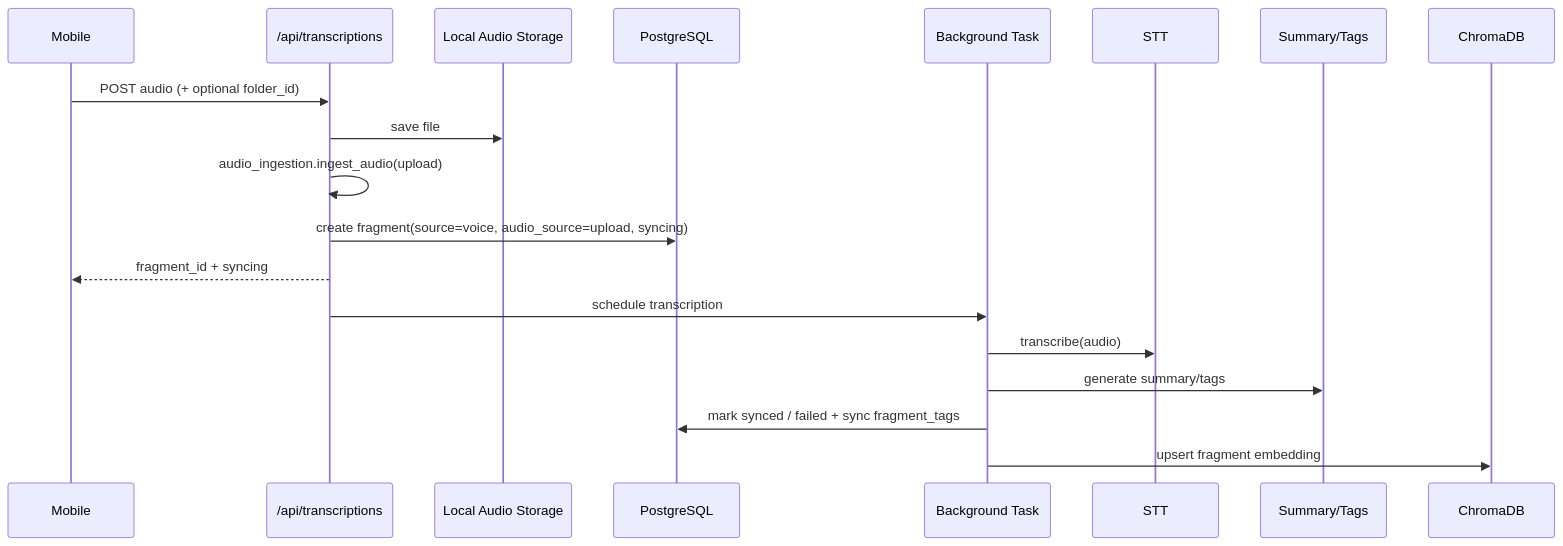
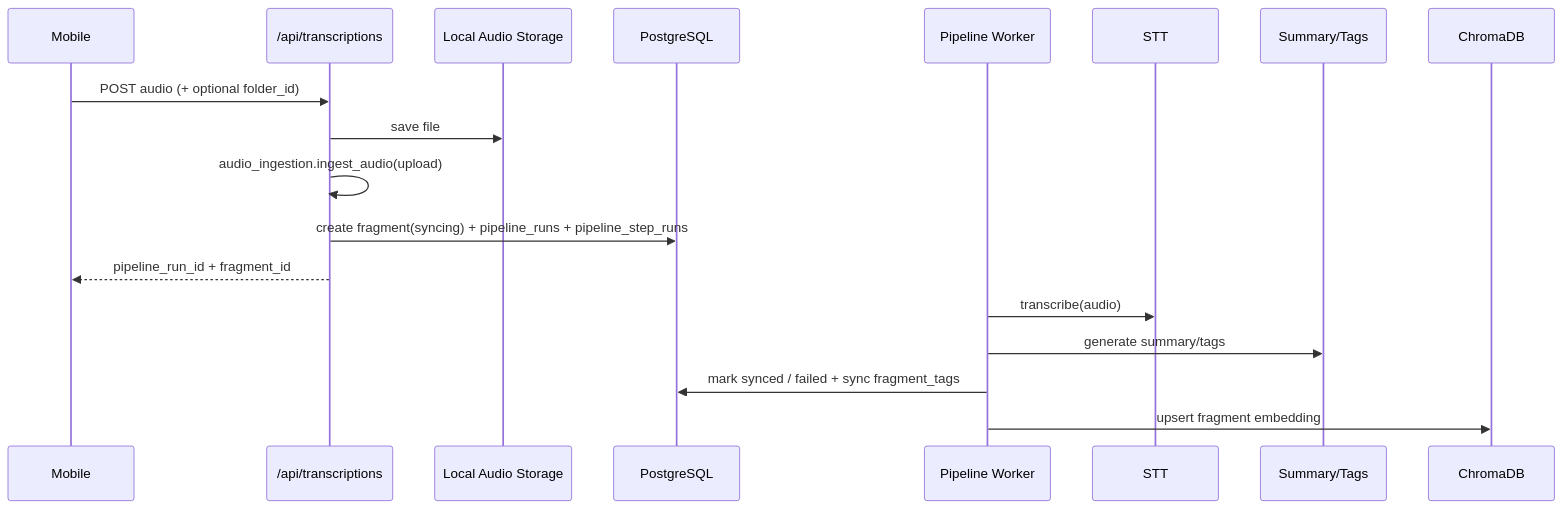
Before and after one commit to YCZA2/SparkFlow: the fourth of 9 diagrams in memory-bank/architecture.md, drawn with Mermaid. The commit also changed other lines of this file and 41 other files, not shown here.

````diff
--- a/memory-bank/architecture.md
+++ b/memory-bank/architecture.md
@@ -236,22 +242,21 @@
 ```mermaid
 sequenceDiagram
     participant App as Mobile
     participant API as /api/transcriptions
     participant FS as Local Audio Storage
     participant DB as PostgreSQL
-    participant BG as Background Task
+    participant PIPE as Pipeline Worker
     participant STT as STT
     participant LLM as Summary/Tags
     participant VDB as ChromaDB
 
     App->>API: POST audio (+ optional folder_id)
     API->>FS: save file
     API->>API: audio_ingestion.ingest_audio(upload)
-    API->>DB: create fragment(source=voice, audio_source=upload, syncing)
-    API-->>App: fragment_id + syncing
-    API->>BG: schedule transcription
-    BG->>STT: transcribe(audio)
-    BG->>LLM: generate summary/tags
-    BG->>DB: mark synced / failed + sync fragment_tags
-    BG->>VDB: upsert fragment embedding
+    API->>DB: create fragment(syncing) + pipeline_runs + pipeline_step_runs
+    API-->>App: pipeline_run_id + fragment_id
+    PIPE->>STT: transcribe(audio)
+    PIPE->>LLM: generate summary/tags
+    PIPE->>DB: mark synced / failed + sync fragment_tags
+    PIPE->>VDB: upsert fragment embedding
 ```
````
